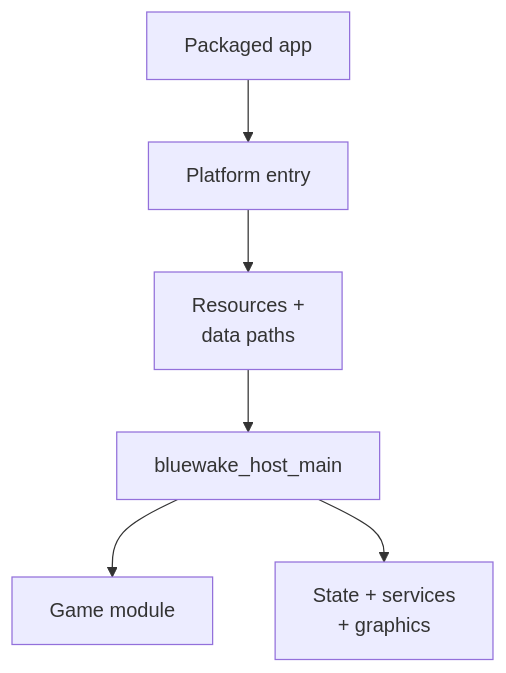
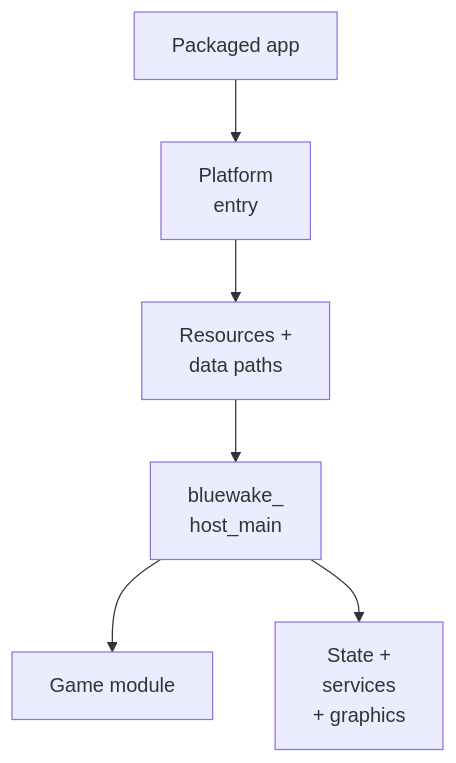
One commit to Aelbannan/boat_of_daphnes changed the diagram in docs/architecture/runtime/Host.md. Above: the diagram before and after it, drawn with Mermaid. The commit also changed 6 other files, not shown here.

Commit message:
docs: wrap Mermaid labels for GitHub width

````diff
--- a/docs/architecture/runtime/Host.md
+++ b/docs/architecture/runtime/Host.md
@@ -19,15 +19,18 @@
 ```mermaid
 flowchart TD
     Package["Packaged app"]
-    Entry["Platform entry"]
+    Entry["`Platform
+entry`"]
     Paths["`Resources +
 data paths`"]
-    Host["bluewake_host_main"]
+    Host["`bluewake_
+host_main`"]
     Module["Game module"]
-    Runtime["`State + services
+    Runtime["`State +
+services
 + graphics`"]
 
     Package --> Entry --> Paths --> Host
     Host --> Module
     Host --> Runtime
 ```
````
